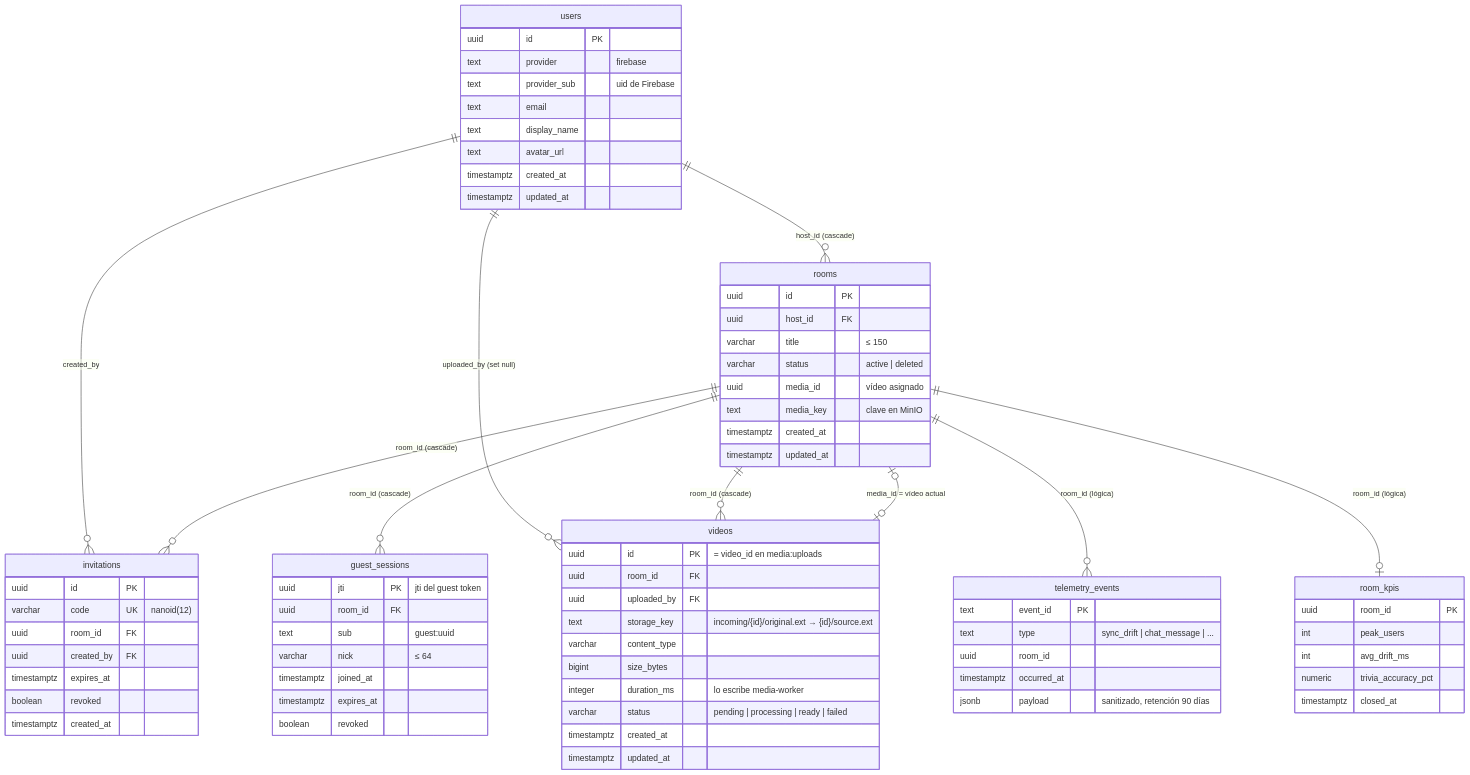
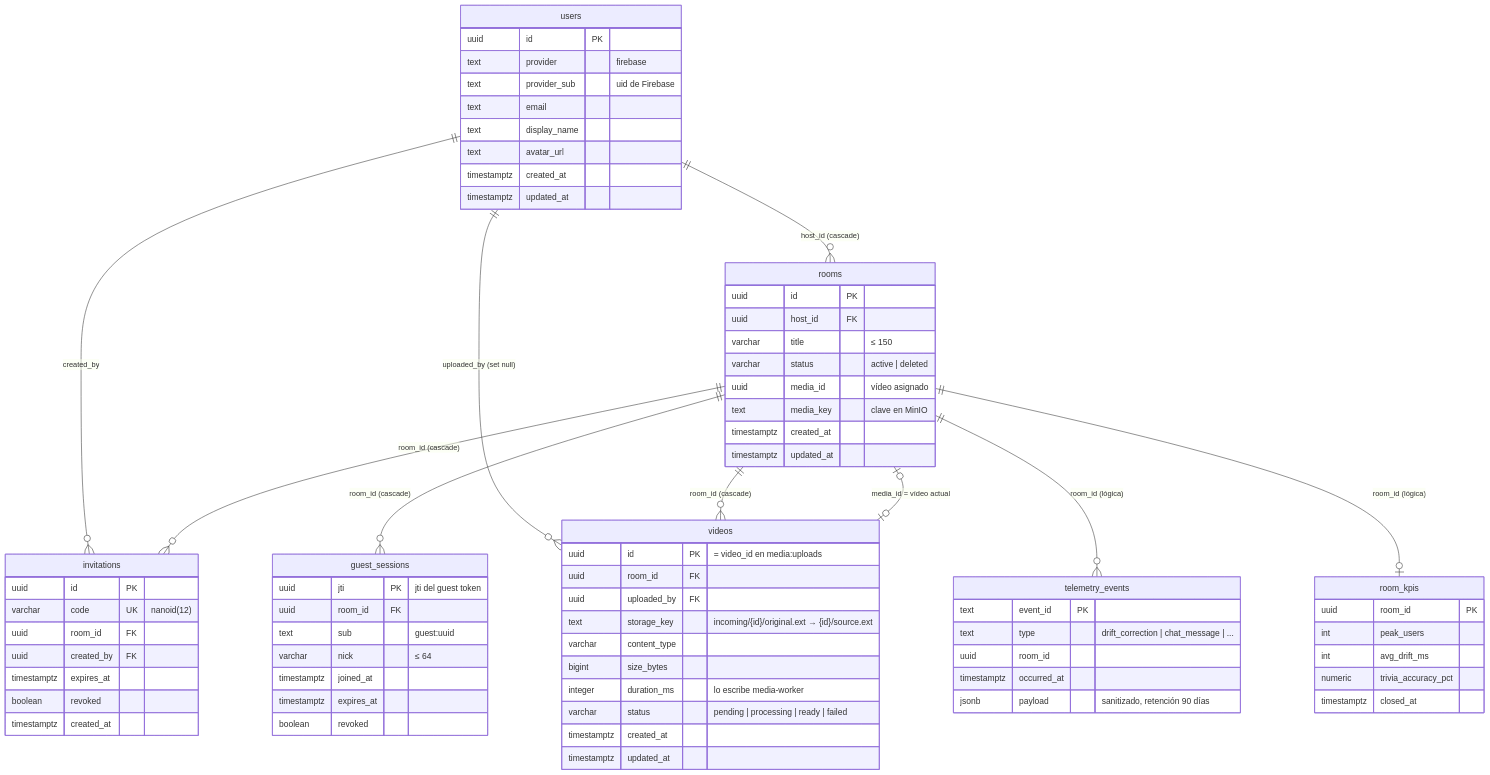
One commit to N1ghtlyC0de/TINT changed the sixth of 6 diagrams in README.md. Above: the diagram before and after it, drawn with Mermaid. The commit also changed other lines of this file, not shown here.

First line of the commit message:
docs(sync-core): renombrar sync_drift a drift_correction en el README raíz

````diff
--- a/README.md
+++ b/README.md
@@ -411,77 +411,77 @@
 ```mermaid
 erDiagram
     users ||--o{ rooms : "host_id (cascade)"
     users ||--o{ invitations : "created_by"
     users ||--o{ videos : "uploaded_by (set null)"
     rooms ||--o{ invitations : "room_id (cascade)"
     rooms ||--o{ guest_sessions : "room_id (cascade)"
     rooms ||--o{ videos : "room_id (cascade)"
     rooms |o--o| videos : "media_id = vídeo actual"
     rooms ||--o{ telemetry_events : "room_id (lógica)"
     rooms ||--o| room_kpis : "room_id (lógica)"
 
     users {
         uuid id PK
         text provider "firebase"
         text provider_sub "uid de Firebase"
         text email
         text display_name
         text avatar_url
         timestamptz created_at
         timestamptz updated_at
     }
     rooms {
         uuid id PK
         uuid host_id FK
         varchar title "≤ 150"
         varchar status "active | deleted"
         uuid media_id "vídeo asignado"
         text media_key "clave en MinIO"
         timestamptz created_at
         timestamptz updated_at
     }
     invitations {
         uuid id PK
         varchar code UK "nanoid(12)"
         uuid room_id FK
         uuid created_by FK
         timestamptz expires_at
         boolean revoked
         timestamptz created_at
     }
     guest_sessions {
         uuid jti PK "jti del guest token"
         uuid room_id FK
         text sub "guest:uuid"
         varchar nick "≤ 64"
         timestamptz joined_at
         timestamptz expires_at
         boolean revoked
     }
     videos {
         uuid id PK "= video_id en media:uploads"
         uuid room_id FK
         uuid uploaded_by FK
         text storage_key "incoming/{id}/original.ext → {id}/source.ext"
         varchar content_type
         bigint size_bytes
         integer duration_ms "lo escribe media-worker"
         varchar status "pending | processing | ready | failed"
         timestamptz created_at
         timestamptz updated_at
     }
     telemetry_events {
         text event_id PK
-        text type "sync_drift | chat_message | ..."
+        text type "drift_correction | chat_message | ..."
         uuid room_id
         timestamptz occurred_at
         jsonb payload "sanitizado, retención 90 días"
     }
     room_kpis {
         uuid room_id PK
         int peak_users
         int avg_drift_ms
         numeric trivia_accuracy_pct
         timestamptz closed_at
     }
 ```
````
